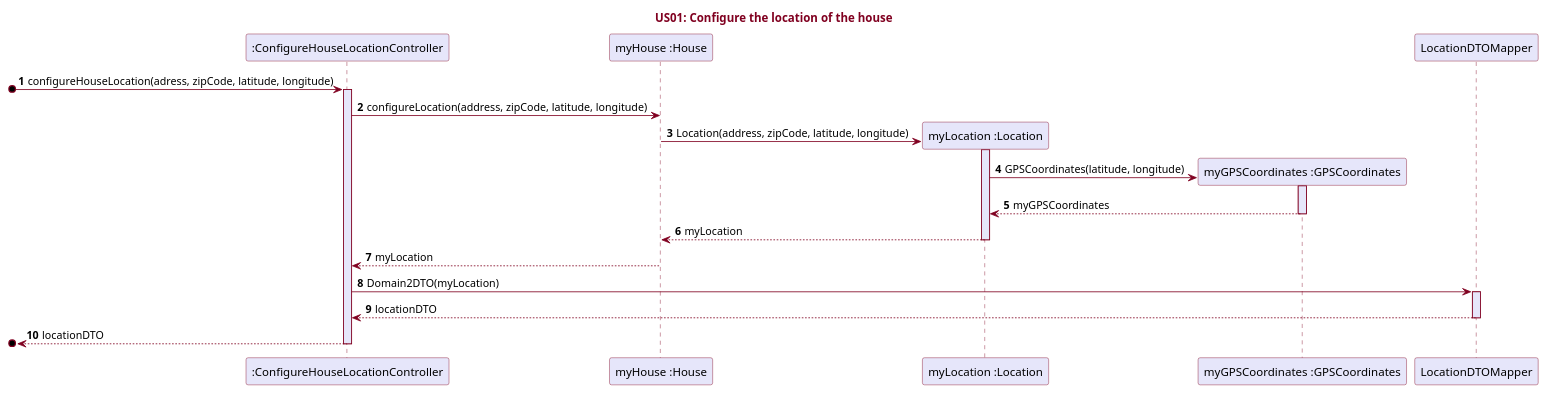
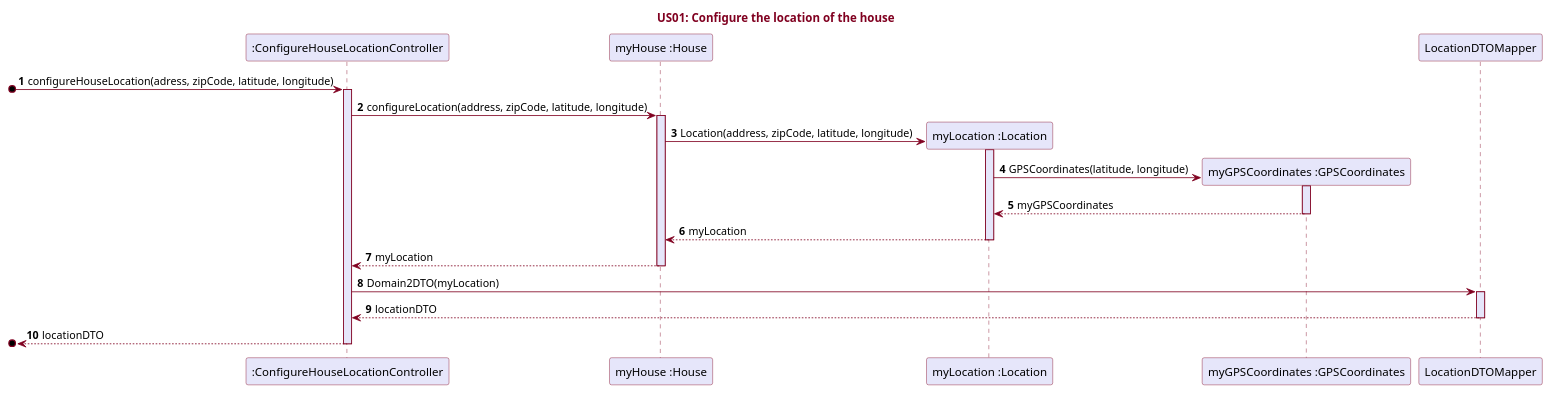
One commit to RicardoAraujoPT/SmartHome2 changed the diagram in src/main/java/pt/ipp/isep/dei/examples/basic/domain/SmartHome/UML/US01.puml. Above: the diagram before and after it, drawn with PlantUML.

Commit message:
US01.puml activation bar added (House)

```diff
--- a/src/main/java/pt/ipp/isep/dei/examples/basic/domain/SmartHome/UML/US01.puml
+++ b/src/main/java/pt/ipp/isep/dei/examples/basic/domain/SmartHome/UML/US01.puml
@@ -1,47 +1,37 @@
 @startuml
 'https://plantuml.com/sequence-diagram
 
 title <font color=#800020>US01: Configure the location of the house</font>
 
 skinparam sequence {
 ArrowColor #800020
 LifeLineBorderColor #800020
 LifeLineBackgroundColor #E6E6FA
 ParticipantBorderColor #800020
 ParticipantBackgroundColor #E6E6FA
 }
 
 autonumber
 
-participant ":ConfigureHouseLocationController"
-participant "myHouse :House"
-participant "myLocation :Location"
-participant "myGPSCoordinates :GPSCoordinates"
-
-
 [o->":ConfigureHouseLocationController": configureHouseLocation(adress, zipCode, latitude, longitude)
 activate ":ConfigureHouseLocationController"
-
-
 ":ConfigureHouseLocationController"->"myHouse :House": configureLocation(address, zipCode, latitude, longitude)
-
+activate "myHouse :House"
 "myHouse :House"->"myLocation :Location" ** : Location(address, zipCode, latitude, longitude)
 activate "myLocation :Location"
-
-
 "myLocation :Location"->"myGPSCoordinates :GPSCoordinates" ** : GPSCoordinates(latitude, longitude)
 activate "myGPSCoordinates :GPSCoordinates"
 "myGPSCoordinates :GPSCoordinates"-->"myLocation :Location" : myGPSCoordinates
 deactivate "myGPSCoordinates :GPSCoordinates"
 "myLocation :Location"-->"myHouse :House" : myLocation
 deactivate "myLocation :Location"
 "myHouse :House"-->":ConfigureHouseLocationController": myLocation
+deactivate "myHouse :House"
 ":ConfigureHouseLocationController"->"LocationDTOMapper": Domain2DTO(myLocation)
 activate "LocationDTOMapper"
 "LocationDTOMapper"-->":ConfigureHouseLocationController": locationDTO
 deactivate "LocationDTOMapper"
-deactivate "myHouse :House"
 [o<--":ConfigureHouseLocationController": locationDTO
 deactivate ":ConfigureHouseLocationController"
 
 @enduml
```
